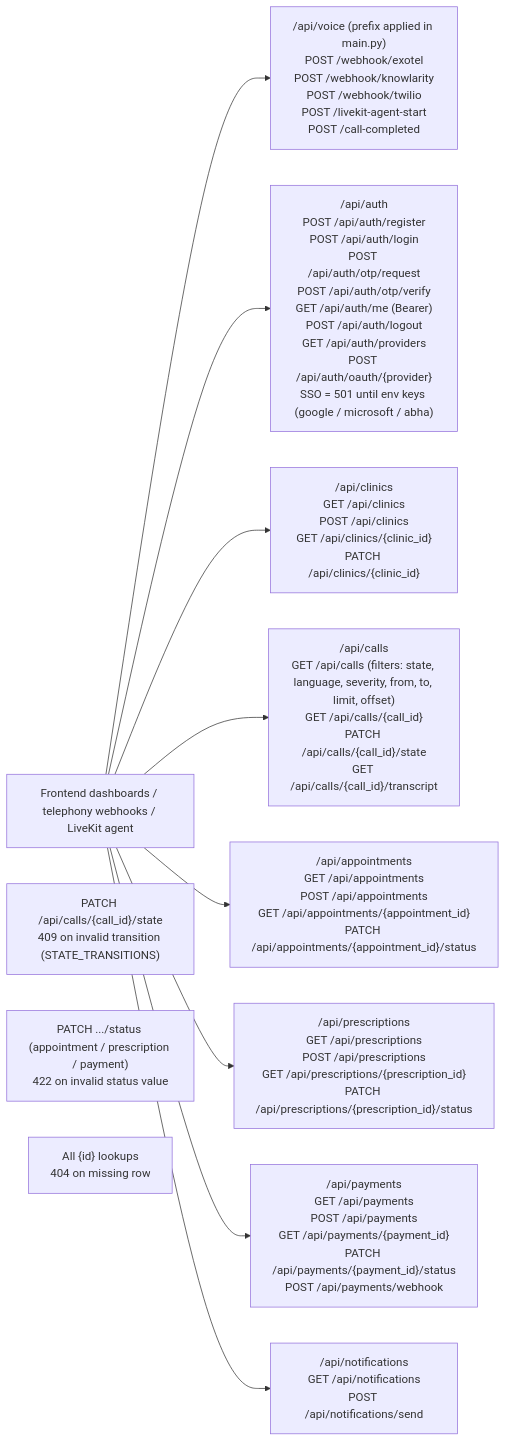
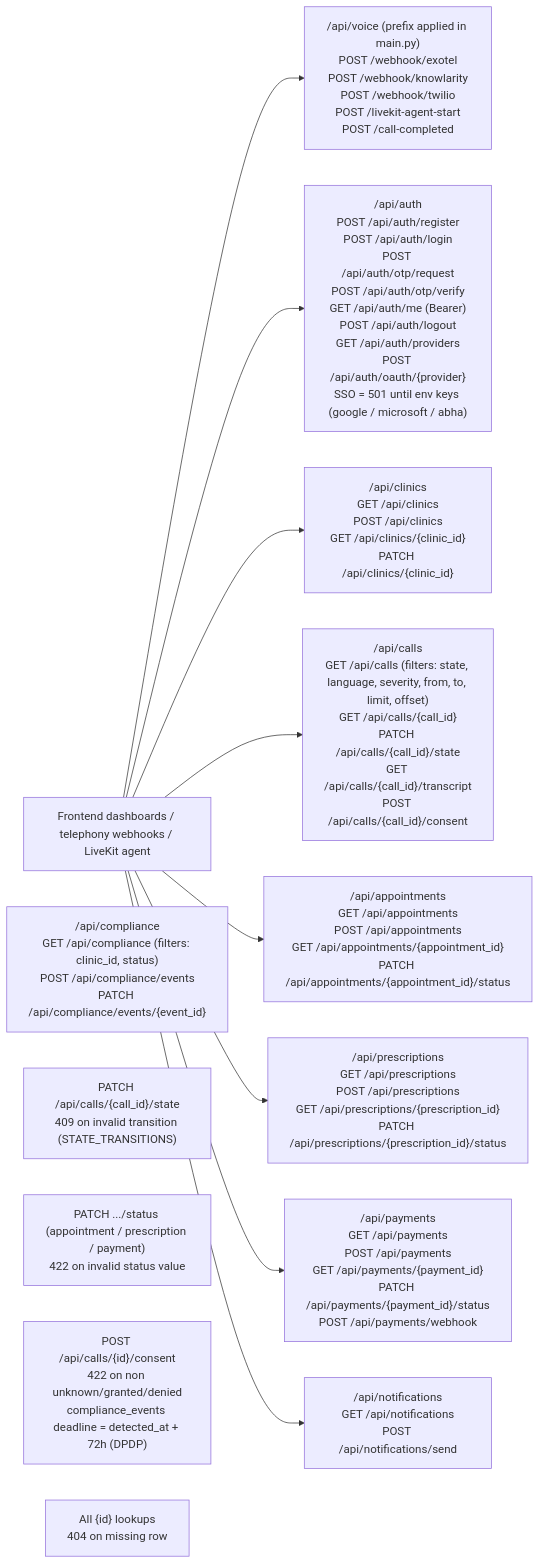
Before and after one commit to ajayspi/MediCall-AI: the diagram in docs/uml/03-api-contracts.md, drawn with Mermaid. The commit also changed other lines of this file and 15 other files, not shown here.

Commit message:
feat(dpdp): G6-Q2 consent flag + retention + 72hr breach + posture (488/488 ALL PASS, compileall 0)

````diff
--- a/docs/uml/03-api-contracts.md
+++ b/docs/uml/03-api-contracts.md
@@ -3,24 +3,26 @@
 ```mermaid
 flowchart LR
     Client["Frontend dashboards / telephony webhooks / LiveKit agent"] --> Voice
     Client --> Auth
     Client --> Clinics
     Client --> Calls
     Client --> Appointments
     Client --> Prescriptions
     Client --> Payments
     Client --> Notifications
 
     Auth["/api/auth<br/>POST /api/auth/register<br/>POST /api/auth/login<br/>POST /api/auth/otp/request<br/>POST /api/auth/otp/verify<br/>GET /api/auth/me (Bearer)<br/>POST /api/auth/logout<br/>GET /api/auth/providers<br/>POST /api/auth/oauth/{provider}<br/>SSO = 501 until env keys (google / microsoft / abha)"]
     Voice["/api/voice (prefix applied in main.py)<br/>POST /webhook/exotel<br/>POST /webhook/knowlarity<br/>POST /webhook/twilio<br/>POST /livekit-agent-start<br/>POST /call-completed"]
     Clinics["/api/clinics<br/>GET /api/clinics<br/>POST /api/clinics<br/>GET /api/clinics/{clinic_id}<br/>PATCH /api/clinics/{clinic_id}"]
-    Calls["/api/calls<br/>GET /api/calls (filters: state, language, severity, from, to, limit, offset)<br/>GET /api/calls/{call_id}<br/>PATCH /api/calls/{call_id}/state<br/>GET /api/calls/{call_id}/transcript"]
+    Calls["/api/calls<br/>GET /api/calls (filters: state, language, severity, from, to, limit, offset)<br/>GET /api/calls/{call_id}<br/>PATCH /api/calls/{call_id}/state<br/>GET /api/calls/{call_id}/transcript<br/>POST /api/calls/{call_id}/consent"]
     Appointments["/api/appointments<br/>GET /api/appointments<br/>POST /api/appointments<br/>GET /api/appointments/{appointment_id}<br/>PATCH /api/appointments/{appointment_id}/status"]
     Prescriptions["/api/prescriptions<br/>GET /api/prescriptions<br/>POST /api/prescriptions<br/>GET /api/prescriptions/{prescription_id}<br/>PATCH /api/prescriptions/{prescription_id}/status"]
     Payments["/api/payments<br/>GET /api/payments<br/>POST /api/payments<br/>GET /api/payments/{payment_id}<br/>PATCH /api/payments/{payment_id}/status<br/>POST /api/payments/webhook"]
     Notifications["/api/notifications<br/>GET /api/notifications<br/>POST /api/notifications/send"]
+    Compliance["/api/compliance<br/>GET /api/compliance (filters: clinic_id, status)<br/>POST /api/compliance/events<br/>PATCH /api/compliance/events/{event_id}"]
 
     StateGuard["PATCH /api/calls/{call_id}/state<br/>409 on invalid transition (STATE_TRANSITIONS)"]
     StatusGuard["PATCH .../status (appointment / prescription / payment)<br/>422 on invalid status value"]
+    ConsentGuard["POST /api/calls/{id}/consent<br/>422 on non unknown/granted/denied<br/>compliance_events deadline = detected_at + 72h (DPDP)"]
     NotFound["All {id} lookups<br/>404 on missing row"]
 ```
````
